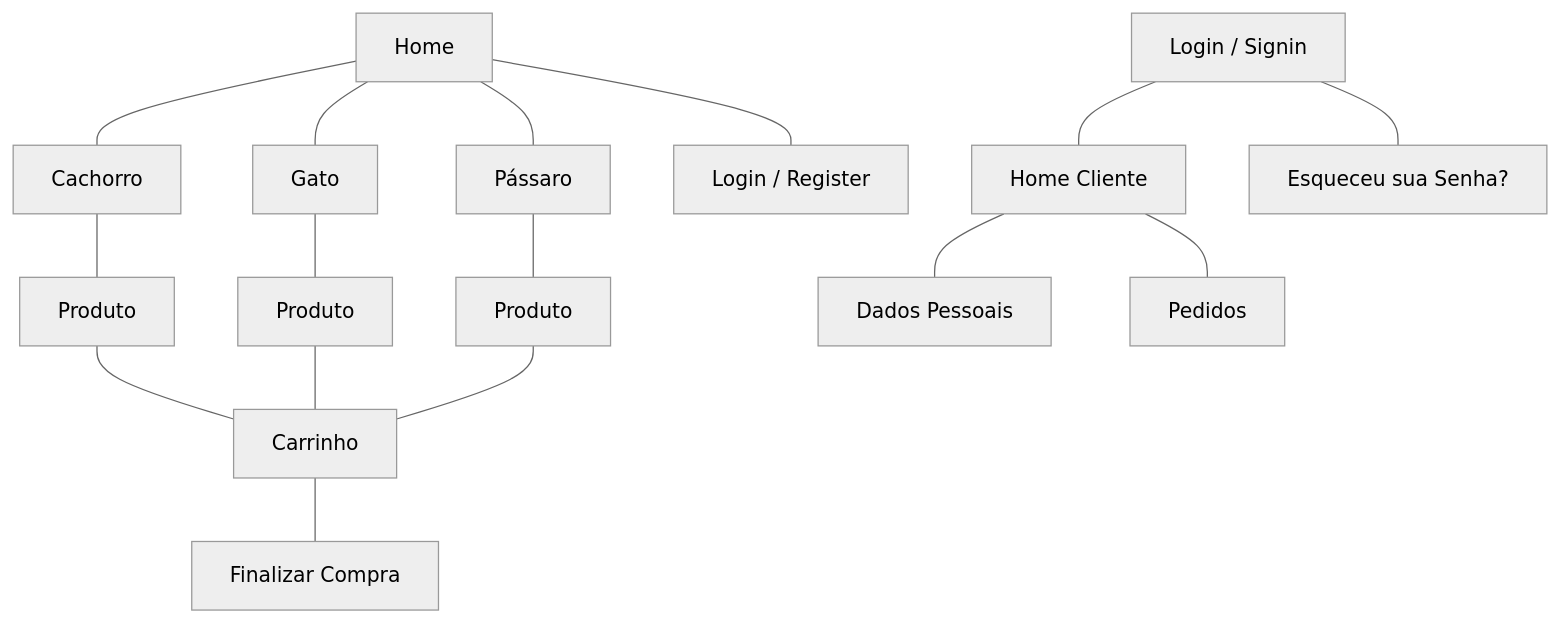
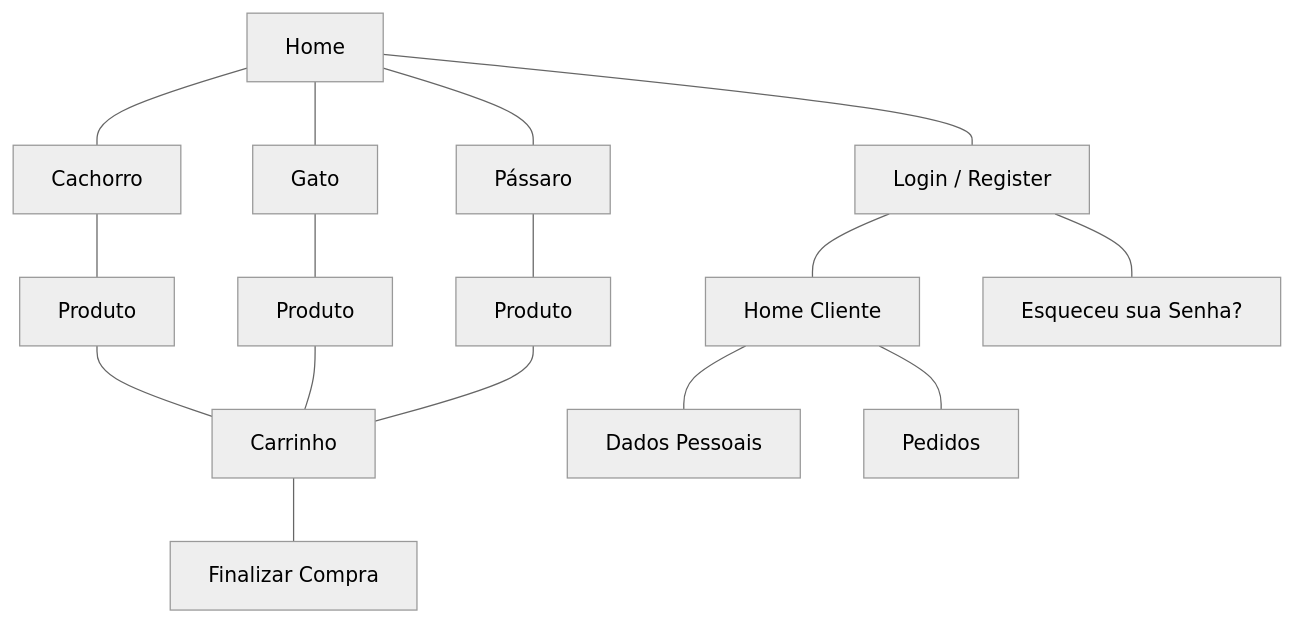
Before and after one commit to viniciussm07/pet-shop: the diagram in README.md, drawn with Mermaid (neutral theme).

````diff
--- a/README.md
+++ b/README.md
@@ -13,23 +13,23 @@
 ```mermaid
   graph TD;
       Home---Cachorro;
       Cachorro---produto1[Produto];
       
       Home---Gato;
       Gato---produto2[Produto];
       
       Home---Pássaro;
       Pássaro---produto3[Produto];
       
       Home---loginRegister[Login / Register];
-      loginSignin---homeCliente[Home Cliente]
-      loginSignin[Login / Signin]---esqueciASenha[Esqueceu sua Senha?];
+      loginRegister---homeCliente[Home Cliente]
+      loginRegister[Login / Register]---esqueciASenha[Esqueceu sua Senha?];
       homeCliente---dadosPessoais[Dados Pessoais]
       homeCliente---Pedidos
       
       produto1---carrinho[Carrinho]
       produto2---carrinho
       produto3---carrinho
       
       carrinho---finalizarCompra[Finalizar Compra]
 ```
````
